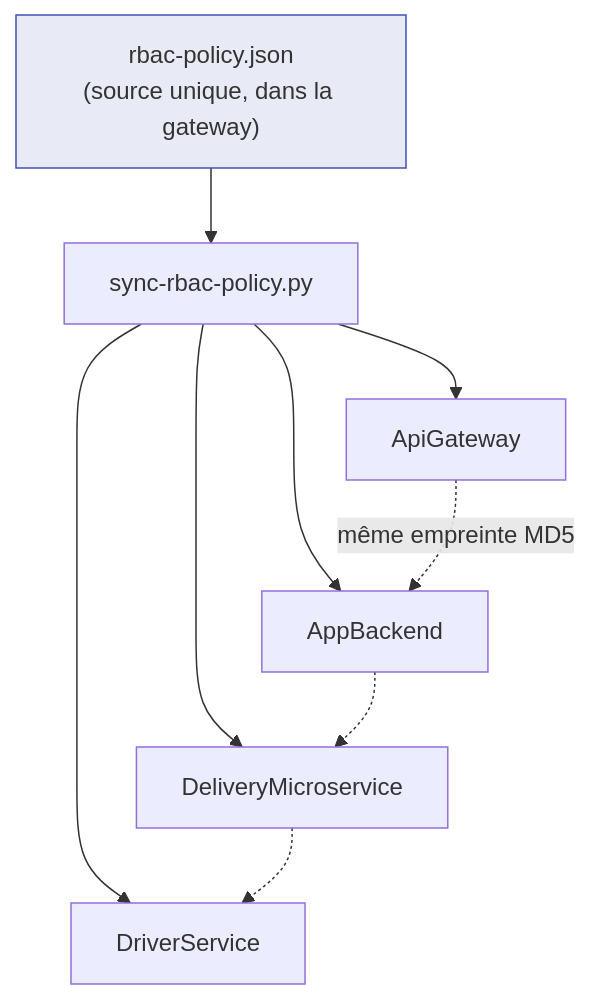
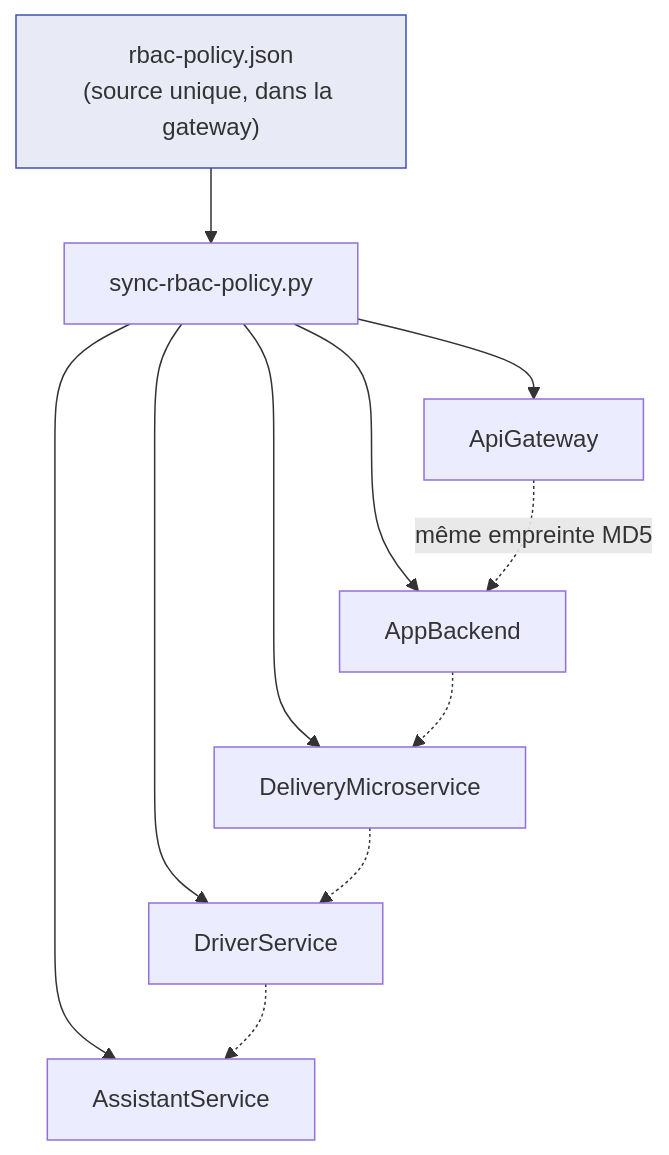
Before and after one commit to Moaziz667/asm-track: the second of 3 diagrams in docs/architecture/autorisation.md, drawn with Mermaid. The commit also changed other lines of this file and 5 other files, not shown here.

````diff
--- a/docs/architecture/autorisation.md
+++ b/docs/architecture/autorisation.md
@@ -78,16 +78,18 @@
 ```mermaid
 flowchart TB
     SRC["rbac-policy.json<br/>(source unique, dans la gateway)"]
     SYNC["sync-rbac-policy.py"]
     SRC --> SYNC
     SYNC --> G["ApiGateway"]
     SYNC --> A["AppBackend"]
     SYNC --> D["DeliveryMicroservice"]
     SYNC --> V["DriverService"]
+    SYNC --> S["AssistantService"]
 
     G -.->|"même empreinte MD5"| A
     A -.-> D
     D -.-> V
+    V -.-> S
 
     style SRC fill:#e8eaf6,stroke:#3f51b5
 ```
````
